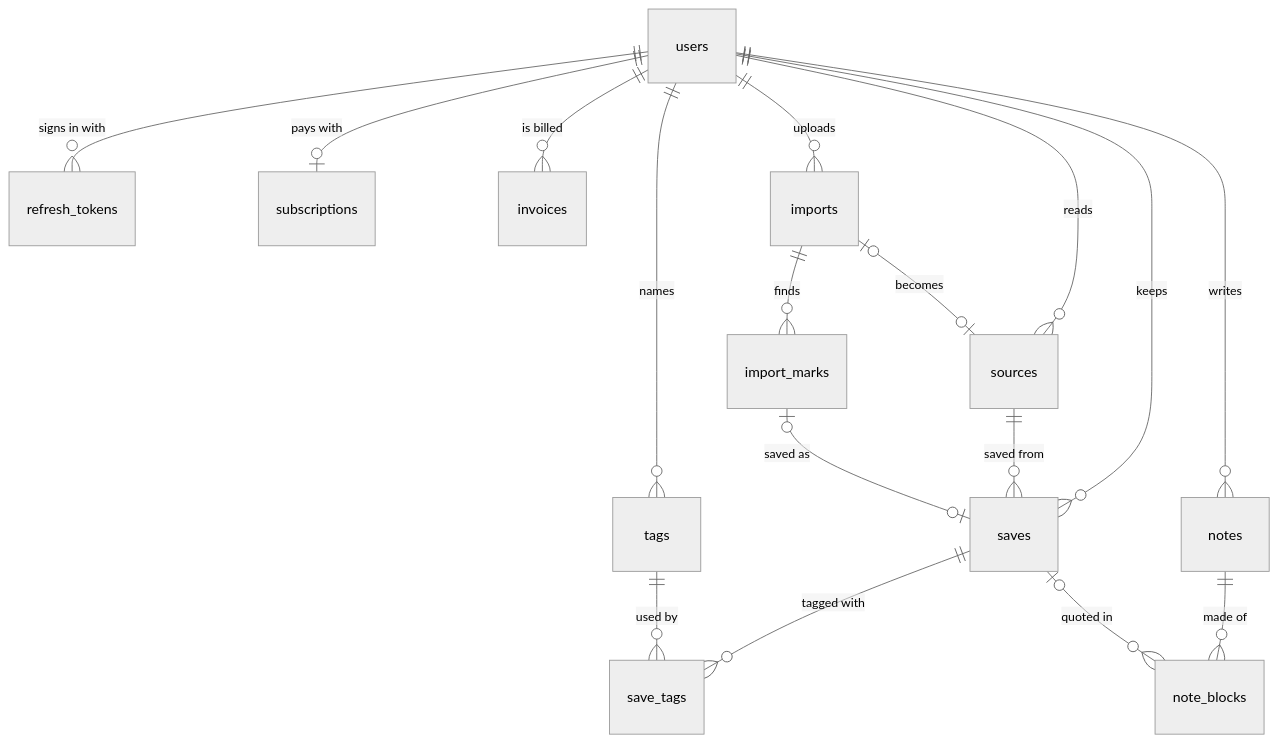
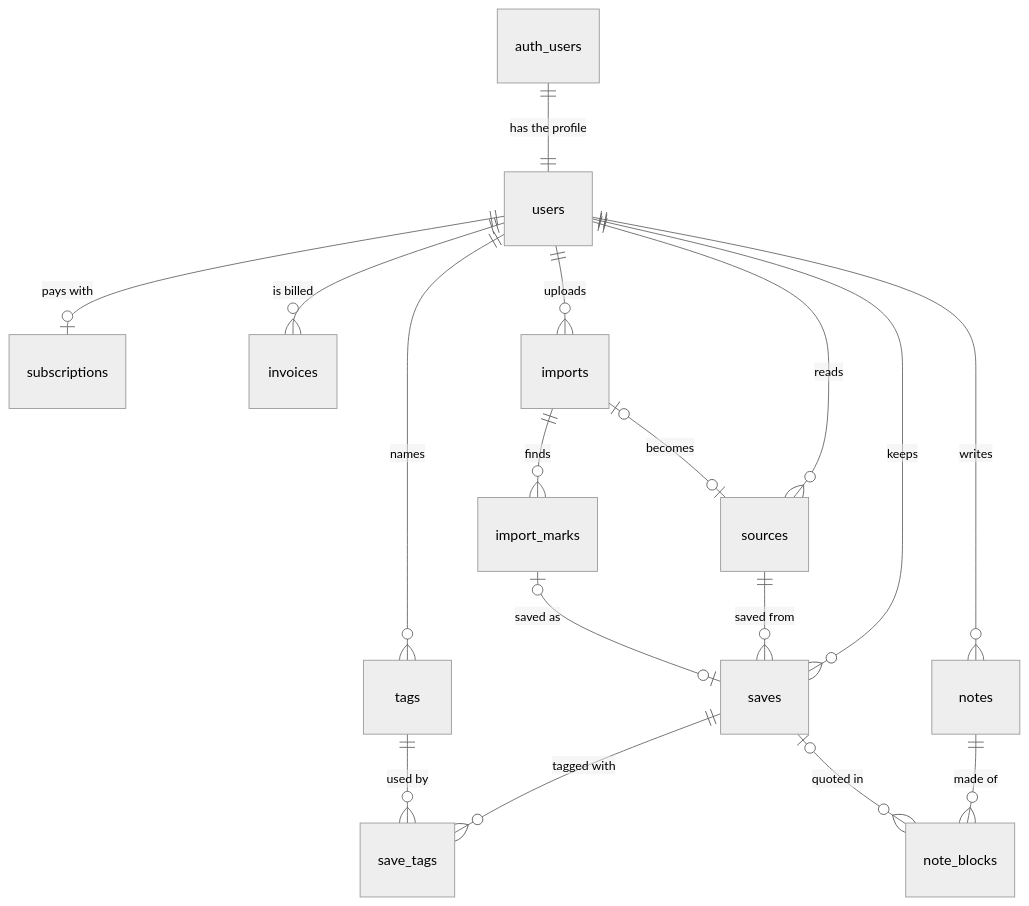
Before and after one commit to salimsalimzade/ari-api: the first of 8 diagrams in docs/database.md, drawn with Mermaid (neutral theme). The commit also changed other lines of this file and 59 other files, not shown here.

````diff
--- a/docs/database.md
+++ b/docs/database.md
@@ -15,19 +16,19 @@
 ```mermaid
 erDiagram
-  users ||--o{ refresh_tokens : "signs in with"
+  auth_users ||--|| users : "has the profile"
   users ||--o| subscriptions : "pays with"
   users ||--o{ invoices : "is billed"
   users ||--o{ sources : reads
   users ||--o{ saves : keeps
   users ||--o{ tags : names
   users ||--o{ imports : uploads
   users ||--o{ notes : writes
   sources ||--o{ saves : "saved from"
   saves ||--o{ save_tags : "tagged with"
   tags ||--o{ save_tags : "used by"
   imports |o--o| sources : becomes
   imports ||--o{ import_marks : finds
   import_marks |o--o| saves : "saved as"
   notes ||--o{ note_blocks : "made of"
   saves |o--o{ note_blocks : "quoted in"
 ```
````
